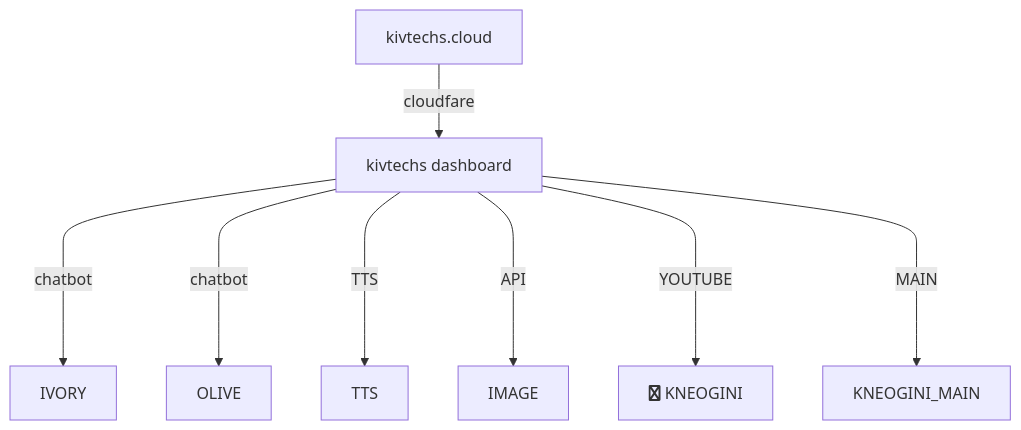
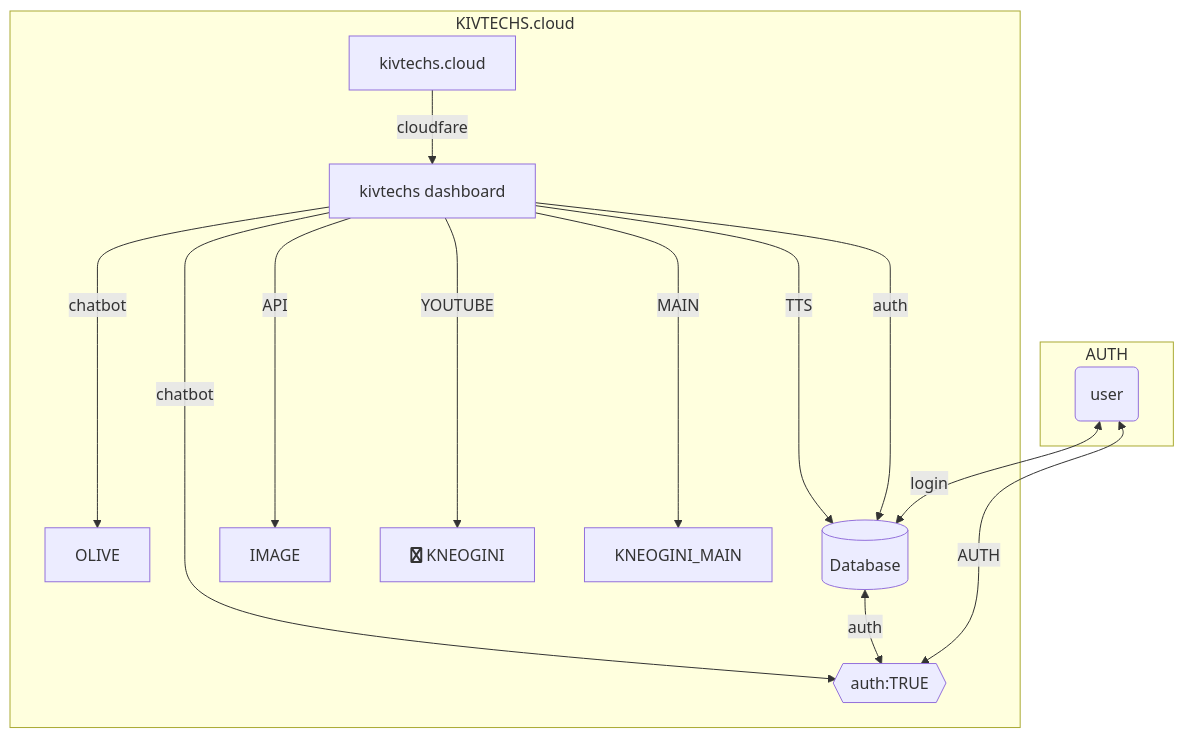
Before and after one commit to kivtechs-uml/kivtechs-uml: the diagram in README.md, drawn with Mermaid.

````diff
--- a/README.md
+++ b/README.md
@@ -6,14 +6,24 @@
 ```mermaid
 flowchart TD
+    subgraph KIVTECHS.cloud
     A[kivtechs.cloud] -->|cloudfare| B(kivtechs dashboard)
     B[kivtechs dashboard] ----> |chatbot| C1[IVORY]
     B[kivtechs dashboard] ----> |chatbot| C2[OLIVE]
     B[kivtechs dashboard] ----> |TTS| D[TTS]
     B[kivtechs dashboard] ----> |API| E[IMAGE]
- B[kivtechs dashboard] ----> |YOUTUBE| F[fa:fa-youtube KNEOGINI]
-B[kivtechs dashboard] ----> |MAIN| G[KNEOGINI_MAIN]
+    B[kivtechs dashboard] ----> |YOUTUBE| F[fa:fa-youtube KNEOGINI]
+    B[kivtechs dashboard] ----> |MAIN| G[KNEOGINI_MAIN]
+    B --auth-->D[(Database)]
+    end
+    subgraph AUTH
+      A1(user) <-- login --> D[(Database)] <-- auth --> C1{{ auth:TRUE }}
+     A1  <-- AUTH --> C1
+     end
+  
+    
+
 
 
 
 
 ```
````
